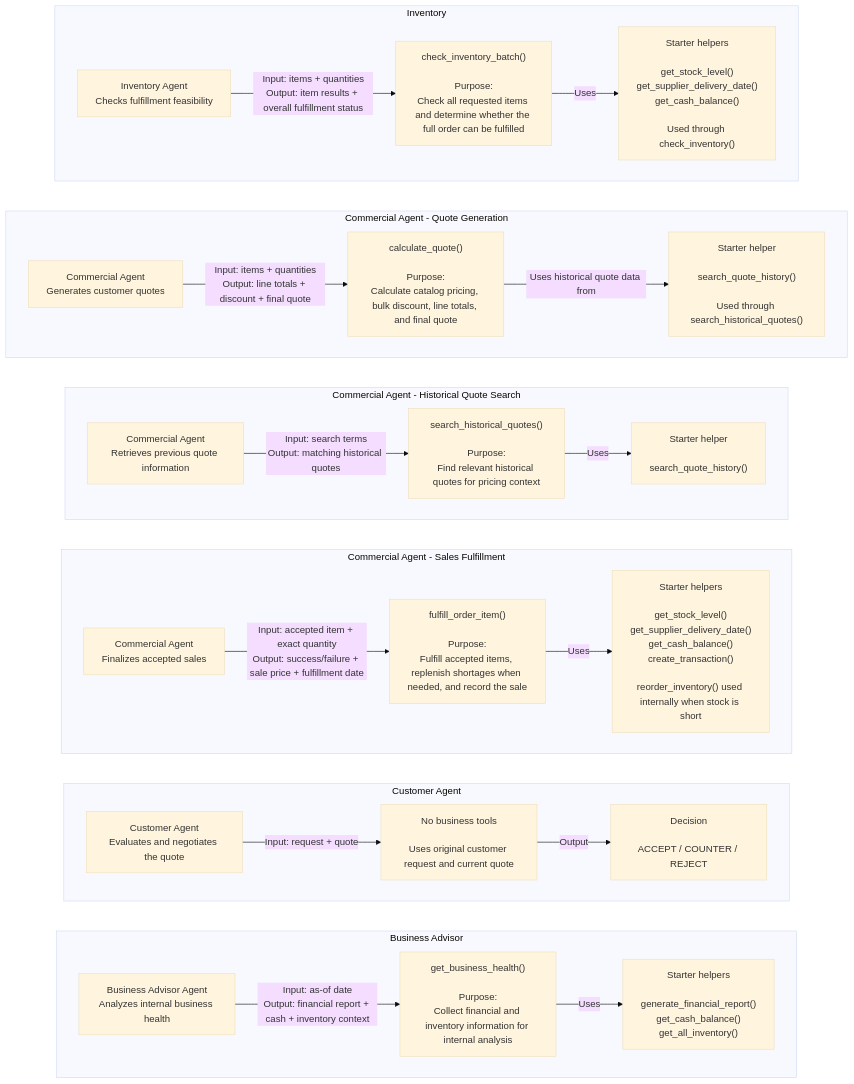
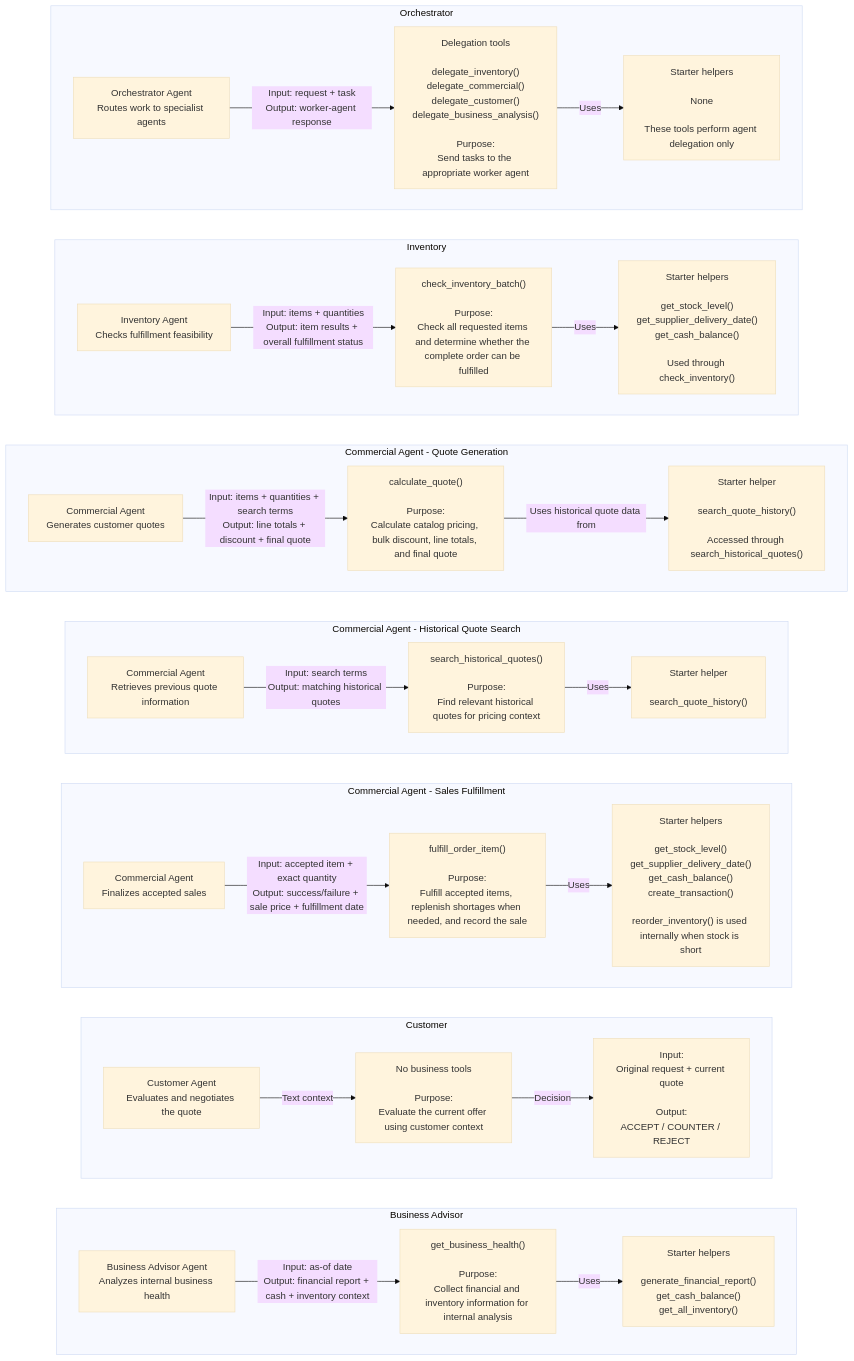
The second of 2 diagrams in workflow_diagram.md (YukiUmetsu/inventory-quote-agents), drawn with Mermaid (base theme) before and after one commit. The commit also changed other lines of this file and 1 other file, not shown here.

Commit message:
fix diagram and requirements

```diff
--- a/workflow_diagram.md
+++ b/workflow_diagram.md
@@ -49,15 +89,33 @@
 flowchart TB
 
     %% =====================================================
-    %% ROW 1 - INVENTORY
+    %% ROW 1 - ORCHESTRATOR
     %% =====================================================
 
-    subgraph R1["Inventory"]
+    subgraph R1["Orchestrator"]
+        direction LR
+
+        O["Orchestrator Agent<br/>Routes work to specialist agents"]
+
+        OT["Delegation tools<br/><br/>delegate_inventory()<br/>delegate_commercial()<br/>delegate_customer()<br/>delegate_business_analysis()<br/><br/>Purpose:<br/>Send tasks to the appropriate worker agent"]
+
+        OH["Starter helpers<br/><br/>None<br/><br/>These tools perform agent delegation only"]
+
+        O -->|"Input: request + task<br/>Output: worker-agent response"| OT
+        OT -->|"Uses"| OH
+    end
+
+
+    %% =====================================================
+    %% ROW 2 - INVENTORY
+    %% =====================================================
+
+    subgraph R2["Inventory"]
         direction LR
 
         I["Inventory Agent<br/>Checks fulfillment feasibility"]
 
-        IT["check_inventory_batch()<br/><br/>Purpose:<br/>Check all requested items and determine whether the full order can be fulfilled"]
+        IT["check_inventory_batch()<br/><br/>Purpose:<br/>Check all requested items and determine whether the complete order can be fulfilled"]
 
         IH["Starter helpers<br/><br/>get_stock_level()<br/>get_supplier_delivery_date()<br/>get_cash_balance()<br/><br/>Used through check_inventory()"]
 
@@ -67,28 +125,28 @@
 
 
     %% =====================================================
-    %% ROW 2 - COMMERCIAL QUOTE
+    %% ROW 3 - COMMERCIAL QUOTE
     %% =====================================================
 
-    subgraph R2["Commercial Agent - Quote Generation"]
+    subgraph R3["Commercial Agent - Quote Generation"]
         direction LR
 
         CQ["Commercial Agent<br/>Generates customer quotes"]
 
         QT["calculate_quote()<br/><br/>Purpose:<br/>Calculate catalog pricing, bulk discount, line totals, and final quote"]
 
-        QH["Starter helper<br/><br/>search_quote_history()<br/><br/>Used through search_historical_quotes()"]
+        QH["Starter helper<br/><br/>search_quote_history()<br/><br/>Accessed through search_historical_quotes()"]
 
-        CQ -->|"Input: items + quantities<br/>Output: line totals + discount + final quote"| QT
+        CQ -->|"Input: items + quantities + search terms<br/>Output: line totals + discount + final quote"| QT
         QT -->|"Uses historical quote data from"| QH
     end
 
 
     %% =====================================================
-    %% ROW 3 - COMMERCIAL HISTORY SEARCH
+    %% ROW 4 - COMMERCIAL HISTORY SEARCH
     %% =====================================================
 
-    subgraph R3["Commercial Agent - Historical Quote Search"]
+    subgraph R4["Commercial Agent - Historical Quote Search"]
         direction LR
 
         CH["Commercial Agent<br/>Retrieves previous quote information"]
@@ -103,17 +161,17 @@
 
 
     %% =====================================================
-    %% ROW 4 - COMMERCIAL SALE
+    %% ROW 5 - COMMERCIAL SALE
     %% =====================================================
 
-    subgraph R4["Commercial Agent - Sales Fulfillment"]
+    subgraph R5["Commercial Agent - Sales Fulfillment"]
         direction LR
 
         CS["Commercial Agent<br/>Finalizes accepted sales"]
 
         FT["fulfill_order_item()<br/><br/>Purpose:<br/>Fulfill accepted items, replenish shortages when needed, and record the sale"]
 
-        FH["Starter helpers<br/><br/>get_stock_level()<br/>get_supplier_delivery_date()<br/>get_cash_balance()<br/>create_transaction()<br/><br/>reorder_inventory() used internally when stock is short"]
+        FH["Starter helpers<br/><br/>get_stock_level()<br/>get_supplier_delivery_date()<br/>get_cash_balance()<br/>create_transaction()<br/><br/>reorder_inventory() is used internally when stock is short"]
 
         CS -->|"Input: accepted item + exact quantity<br/>Output: success/failure + sale price + fulfillment date"| FT
         FT -->|"Uses"| FH
@@ -121,28 +179,28 @@
 
 
     %% =====================================================
-    %% ROW 5 - CUSTOMER
+    %% ROW 6 - CUSTOMER
     %% =====================================================
 
-    subgraph R5["Customer Agent"]
+    subgraph R6["Customer"]
         direction LR
 
         U["Customer Agent<br/>Evaluates and negotiates the quote"]
 
-        UT["No business tools<br/><br/>Uses original customer request and current quote"]
+        UT["No business tools<br/><br/>Purpose:<br/>Evaluate the current offer using customer context"]
 
-        UR["Decision<br/><br/>ACCEPT / COUNTER / REJECT"]
+        UR["Input:<br/>Original request + current quote<br/><br/>Output:<br/>ACCEPT / COUNTER / REJECT"]
 
-        U -->|"Input: request + quote"| UT
-        UT -->|"Output"| UR
+        U -->|"Text context"| UT
+        UT -->|"Decision"| UR
     end
 
 
     %% =====================================================
-    %% ROW 6 - BUSINESS ADVISOR
+    %% ROW 7 - BUSINESS ADVISOR
     %% =====================================================
 
-    subgraph R6["Business Advisor"]
+    subgraph R7["Business Advisor"]
         direction LR
 
         B["Business Advisor Agent<br/>Analyzes internal business health"]
@@ -160,6 +218,7 @@
     %% FORCE ROWS TO STACK VERTICALLY
     %% =====================================================
 
+    OH ~~~ I
     IH ~~~ CQ
     QH ~~~ CH
     HH ~~~ CS
```
